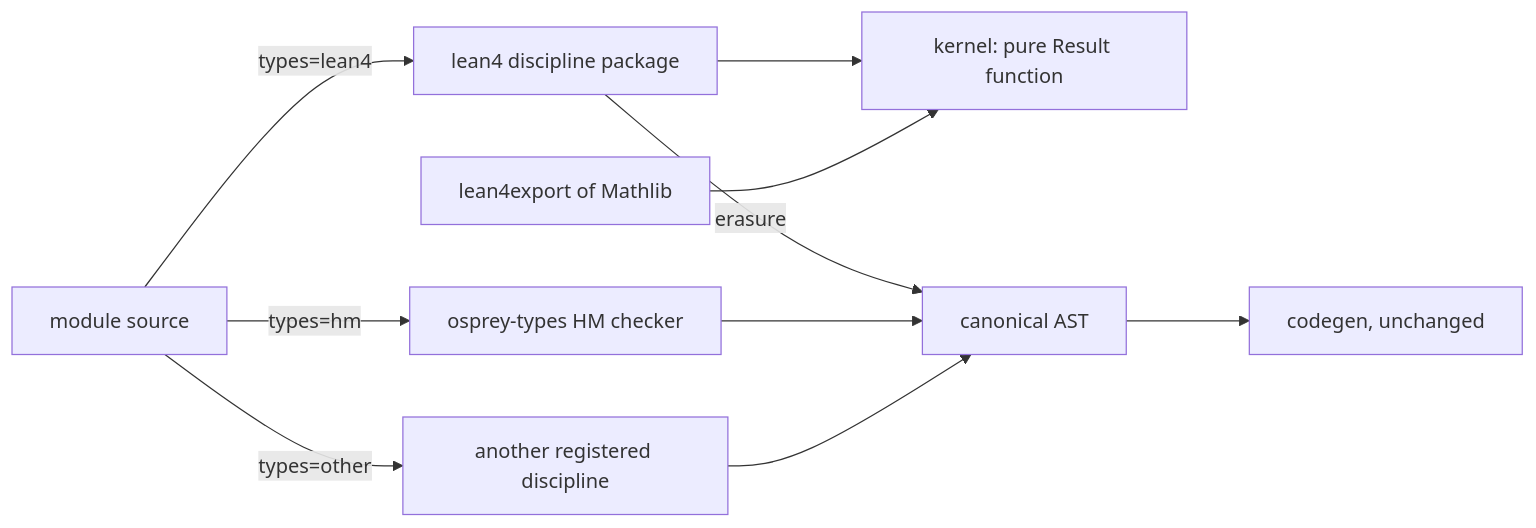
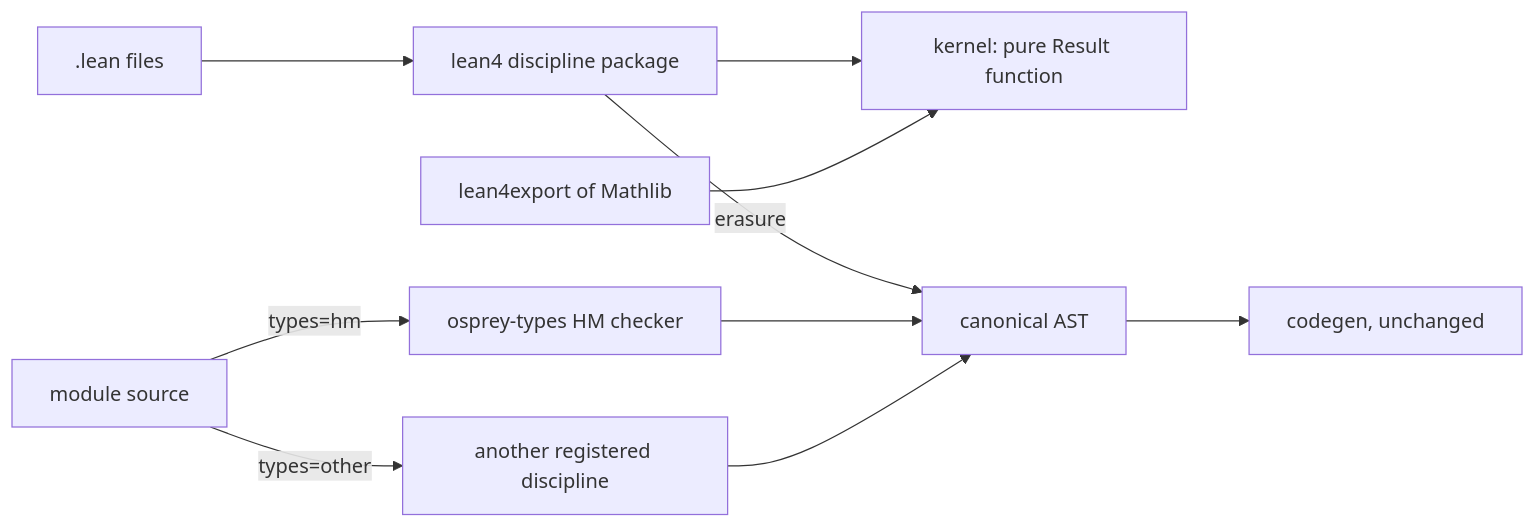
Before and after one commit to Nimblesite/osprey: the diagram in docs/plans/0041-dependent-types-and-mathlib.md, drawn with Mermaid. The commit also changed other lines of this file and 1048 other files, not shown here.

````diff
--- a/docs/plans/0041-dependent-types-and-mathlib.md
+++ b/docs/plans/0041-dependent-types-and-mathlib.md
@@ -9,12 +14,12 @@
 ```mermaid
 flowchart LR
     S[module source] -->|types=hm| HM[osprey-types HM checker]
-    S -->|types=lean4| D[lean4 discipline package]
+    P[.lean files] --> D[lean4 discipline package]
     S -->|types=other| X[another registered discipline]
     D --> K[kernel: pure Result function]
     D -->|erasure| A[canonical AST]
     HM --> A
     X --> A
     A --> C[codegen, unchanged]
     L[lean4export of Mathlib] --> K
 ```
````
